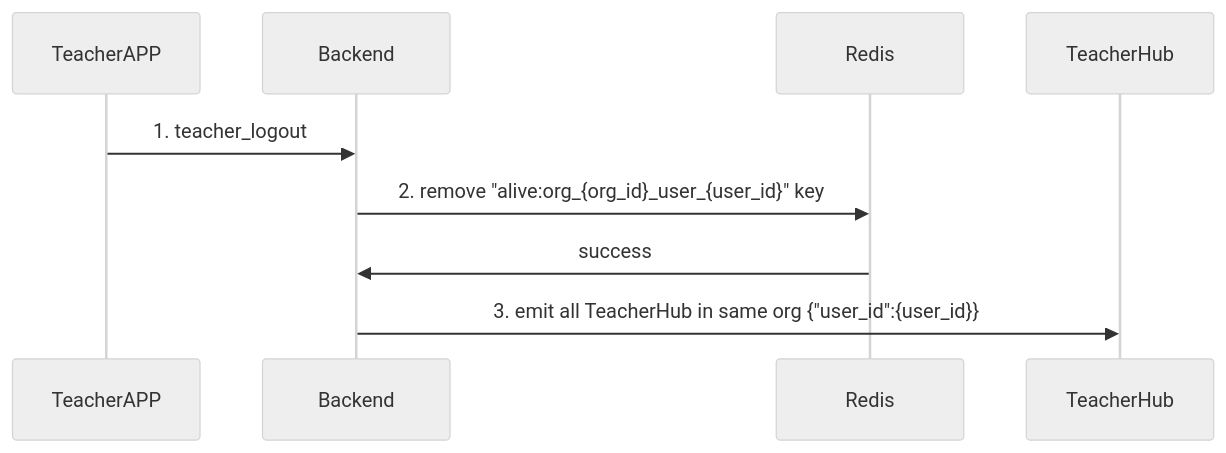
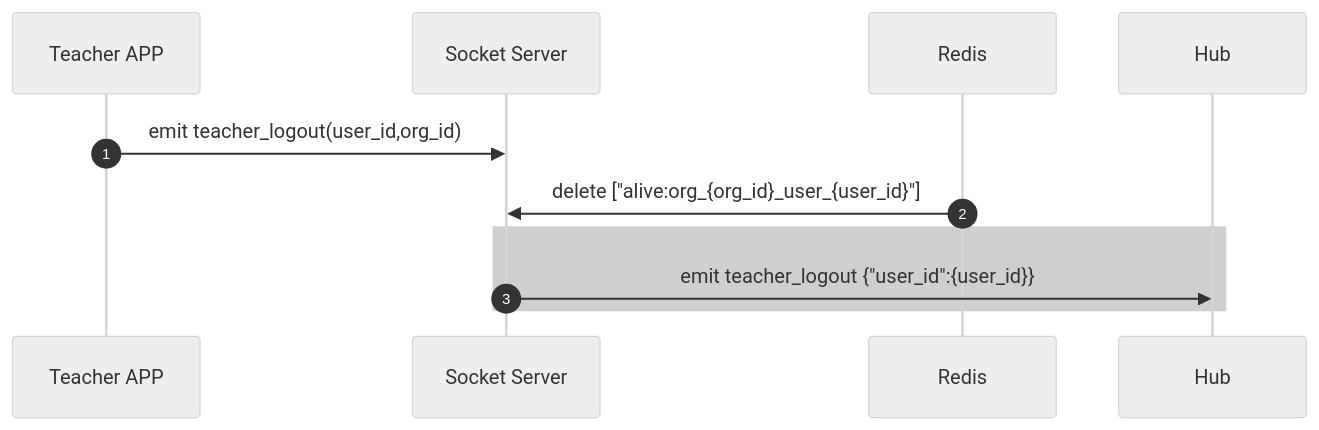
Before and after one commit to claire0613/ocelot_docs: the diagram in socket_event_all/on_teacher_logout.md, drawn with Mermaid (neutral theme). The commit also changed other lines of this file and 9 other files, not shown here.

````diff
--- a/socket_event_all/on_teacher_logout.md
+++ b/socket_event_all/on_teacher_logout.md
@@ -46,15 +46,16 @@
     ```mermaid
     sequenceDiagram
-
-        participant A as TeacherAPP
-        participant B as Backend
+        autonumber
+        participant A as Teacher APP
+        participant B as Socket Server
         participant R as Redis
-        participant H as TeacherHub
+        participant H as Hub
 
 
-        A->>B: 1. teacher_logout
-        B->>R: 2. remove "alive:org_{org_id}_user_{user_id}" key
-        R->>B: success
-        B->>H: 3. emit all TeacherHub in same org  {"user_id":{user_id}}
+        A->>B: emit teacher_logout(user_id,org_id)
+        R->>B: delete ["alive:org_{org_id}_user_{user_id}"]
+        rect rgba(160, 160, 160, 0.5)
+        B->>H: emit teacher_logout {"user_id":{user_id}}
+        end
 
     ```
````
